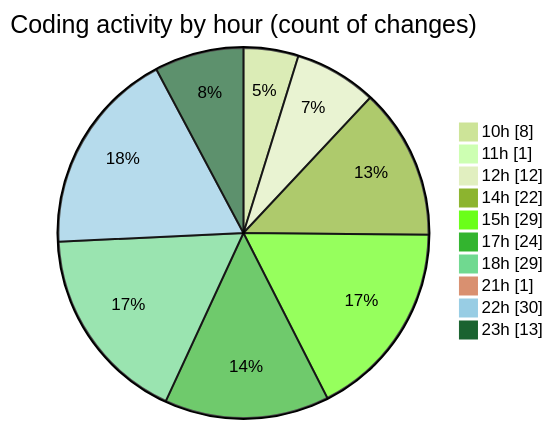
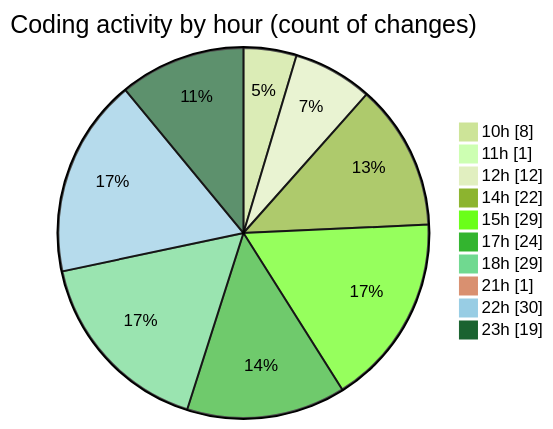
Before and after one commit to momahboobian/code-tracking: the second of 2 diagrams in 2025-07-31/cda/README.md, drawn with Mermaid (forest theme). The commit also changed other lines of this file and 1 other file, not shown here.

````diff
--- a/2025-07-31/cda/README.md
+++ b/2025-07-31/cda/README.md
@@ -41,14 +42,14 @@
 ```mermaid
 pie showData
 title Coding activity by hour (count of changes)
 "10h" : 8
 "11h" : 1
 "12h" : 12
 "14h" : 22
 "15h" : 29
 "17h" : 24
 "18h" : 29
 "21h" : 1
 "22h" : 30
-"23h" : 13
+"23h" : 19
 ```
````
